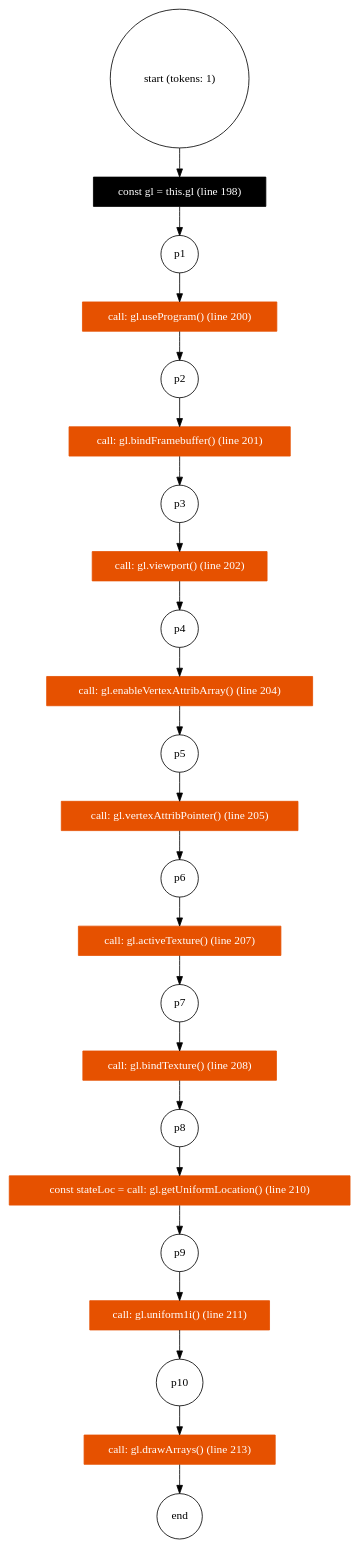
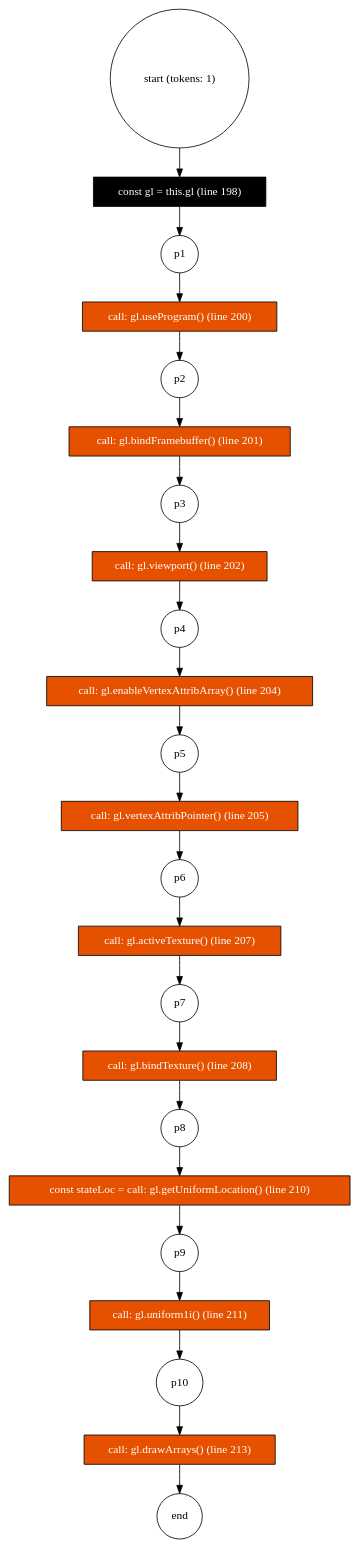
Before and after one commit to ric6121824/code2petri: the diagram in .scratch/code2petri/graphs/GameOfLife-260911/webgl_drawToScreen.dot, drawn with Graphviz. The commit also changed 33 other files, not shown here.

```diff
--- a/.scratch/code2petri/graphs/GameOfLife-260911/webgl_drawToScreen.dot
+++ b/.scratch/code2petri/graphs/GameOfLife-260911/webgl_drawToScreen.dot
@@ -1,54 +1,54 @@
 digraph PetriNet {
     rankdir=TB;
 
     // Places
     "p0" [shape=circle, label="start (tokens: 1)"];
     "p_end" [shape=circle, label="end"];
     "p1" [shape=circle, label="p1"];
     "p2" [shape=circle, label="p2"];
     "p3" [shape=circle, label="p3"];
     "p4" [shape=circle, label="p4"];
     "p5" [shape=circle, label="p5"];
     "p6" [shape=circle, label="p6"];
     "p7" [shape=circle, label="p7"];
     "p8" [shape=circle, label="p8"];
     "p9" [shape=circle, label="p9"];
     "p10" [shape=circle, label="p10"];
 
     // Transitions
     "t1" [shape=rect, style=filled, fillcolor=black, fontcolor=white, label="const gl = this.gl (line 198)"];
-    "t2" [shape=rect, style=filled, fillcolor="#e65100", fontcolor=white, label="call: gl.useProgram() (line 200)", color="#e65100", tooltip="Unresolved call"];
-    "t3" [shape=rect, style=filled, fillcolor="#e65100", fontcolor=white, label="call: gl.bindFramebuffer() (line 201)", color="#e65100", tooltip="Unresolved call"];
-    "t4" [shape=rect, style=filled, fillcolor="#e65100", fontcolor=white, label="call: gl.viewport() (line 202)", color="#e65100", tooltip="Unresolved call"];
-    "t5" [shape=rect, style=filled, fillcolor="#e65100", fontcolor=white, label="call: gl.enableVertexAttribArray() (line 204)", color="#e65100", tooltip="Unresolved call"];
-    "t6" [shape=rect, style=filled, fillcolor="#e65100", fontcolor=white, label="call: gl.vertexAttribPointer() (line 205)", color="#e65100", tooltip="Unresolved call"];
-    "t7" [shape=rect, style=filled, fillcolor="#e65100", fontcolor=white, label="call: gl.activeTexture() (line 207)", color="#e65100", tooltip="Unresolved call"];
-    "t8" [shape=rect, style=filled, fillcolor="#e65100", fontcolor=white, label="call: gl.bindTexture() (line 208)", color="#e65100", tooltip="Unresolved call"];
-    "t9" [shape=rect, style=filled, fillcolor="#e65100", fontcolor=white, label="const stateLoc = call: gl.getUniformLocation() (line 210)", color="#e65100", tooltip="Unresolved call"];
-    "t10" [shape=rect, style=filled, fillcolor="#e65100", fontcolor=white, label="call: gl.uniform1i() (line 211)", color="#e65100", tooltip="Unresolved call"];
-    "t11" [shape=rect, style=filled, fillcolor="#e65100", fontcolor=white, label="call: gl.drawArrays() (line 213)", color="#e65100", tooltip="Unresolved call"];
+    "t2" [shape=rect, style=filled, fillcolor="#e65100", fontcolor=white, label="call: gl.useProgram() (line 200)", tooltip="Unresolved call"];
+    "t3" [shape=rect, style=filled, fillcolor="#e65100", fontcolor=white, label="call: gl.bindFramebuffer() (line 201)", tooltip="Unresolved call"];
+    "t4" [shape=rect, style=filled, fillcolor="#e65100", fontcolor=white, label="call: gl.viewport() (line 202)", tooltip="Unresolved call"];
+    "t5" [shape=rect, style=filled, fillcolor="#e65100", fontcolor=white, label="call: gl.enableVertexAttribArray() (line 204)", tooltip="Unresolved call"];
+    "t6" [shape=rect, style=filled, fillcolor="#e65100", fontcolor=white, label="call: gl.vertexAttribPointer() (line 205)", tooltip="Unresolved call"];
+    "t7" [shape=rect, style=filled, fillcolor="#e65100", fontcolor=white, label="call: gl.activeTexture() (line 207)", tooltip="Unresolved call"];
+    "t8" [shape=rect, style=filled, fillcolor="#e65100", fontcolor=white, label="call: gl.bindTexture() (line 208)", tooltip="Unresolved call"];
+    "t9" [shape=rect, style=filled, fillcolor="#e65100", fontcolor=white, label="const stateLoc = call: gl.getUniformLocation() (line 210)", tooltip="Unresolved call"];
+    "t10" [shape=rect, style=filled, fillcolor="#e65100", fontcolor=white, label="call: gl.uniform1i() (line 211)", tooltip="Unresolved call"];
+    "t11" [shape=rect, style=filled, fillcolor="#e65100", fontcolor=white, label="call: gl.drawArrays() (line 213)", tooltip="Unresolved call"];
 
     // Arcs
     "p0" -> "t1";
     "t1" -> "p1";
     "p1" -> "t2";
     "t2" -> "p2";
     "p2" -> "t3";
     "t3" -> "p3";
     "p3" -> "t4";
     "t4" -> "p4";
     "p4" -> "t5";
     "t5" -> "p5";
     "p5" -> "t6";
     "t6" -> "p6";
     "p6" -> "t7";
     "t7" -> "p7";
     "p7" -> "t8";
     "t8" -> "p8";
     "p8" -> "t9";
     "t9" -> "p9";
     "p9" -> "t10";
     "t10" -> "p10";
     "p10" -> "t11";
     "t11" -> "p_end";
 }
```
